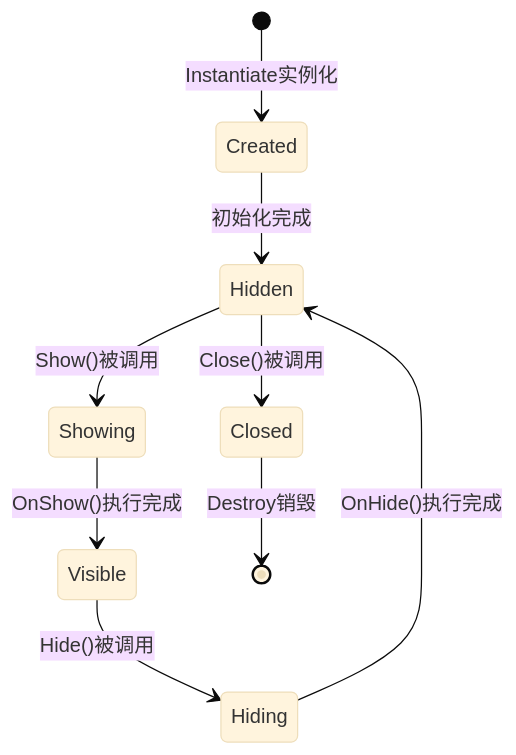
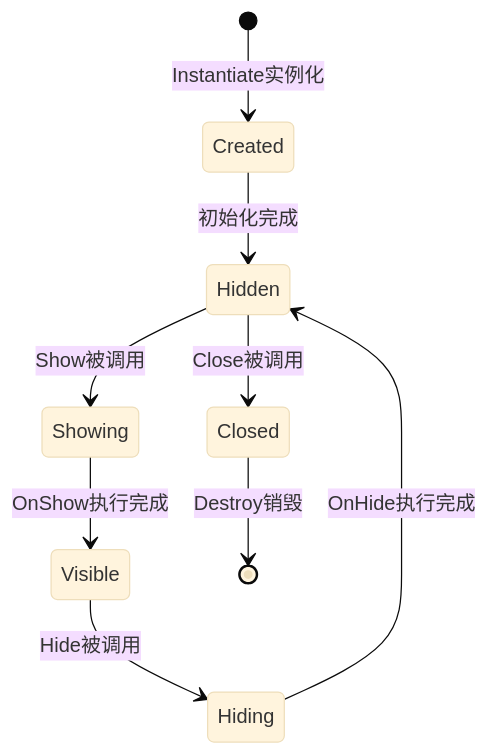
The third of 7 diagrams in data/kira-framework-analysis.md (KTSAMA001/AgentSkill-Akasha-KT), drawn with Mermaid (base theme) before and after one commit. The commit also changed other lines of this file, not shown here.

First line of the commit message:
fix: correct Mermaid syntax in kira-framework-analysis.md

````diff
--- a/data/kira-framework-analysis.md
+++ b/data/kira-framework-analysis.md
@@ -119,11 +119,11 @@
 ```mermaid
 stateDiagram-v2
     [*] --> Created: Instantiate实例化
     Created --> Hidden: 初始化完成
-    Hidden --> Showing: Show()被调用
-    Showing --> Visible: OnShow()执行完成
-    Visible --> Hiding: Hide()被调用
-    Hiding --> Hidden: OnHide()执行完成
-    Hidden --> Closed: Close()被调用
+    Hidden --> Showing: Show被调用
+    Showing --> Visible: OnShow执行完成
+    Visible --> Hiding: Hide被调用
+    Hiding --> Hidden: OnHide执行完成
+    Hidden --> Closed: Close被调用
     Closed --> [*]: Destroy销毁
 ```
````
